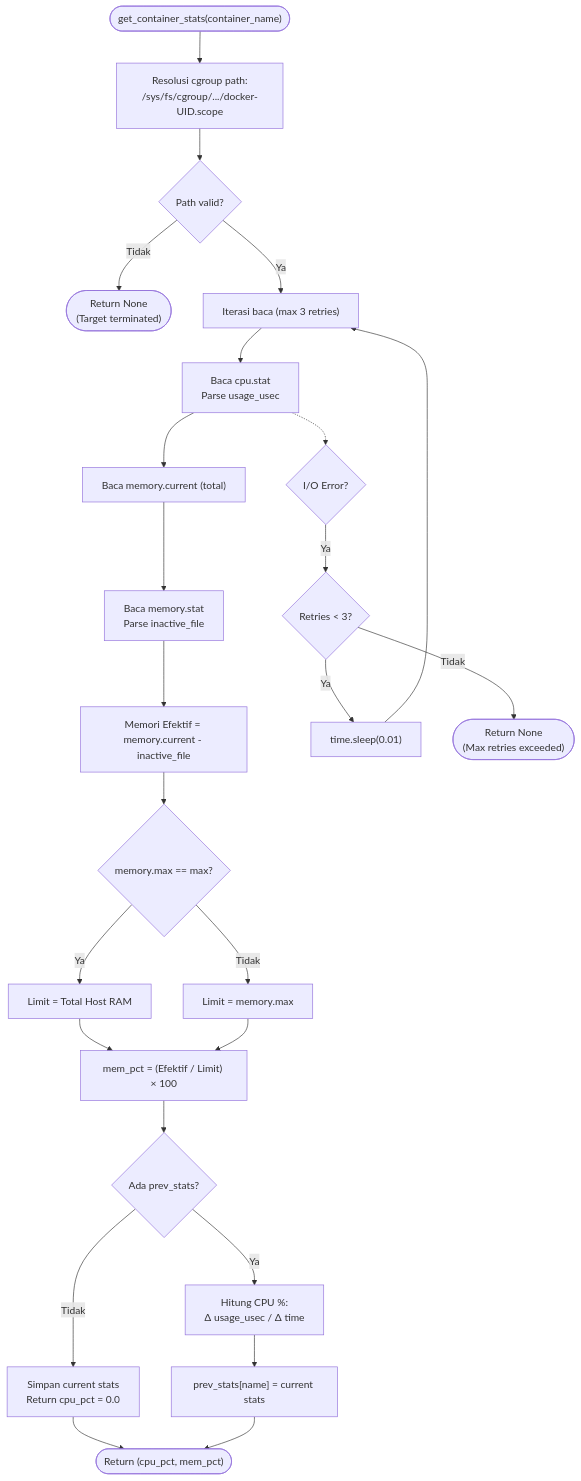
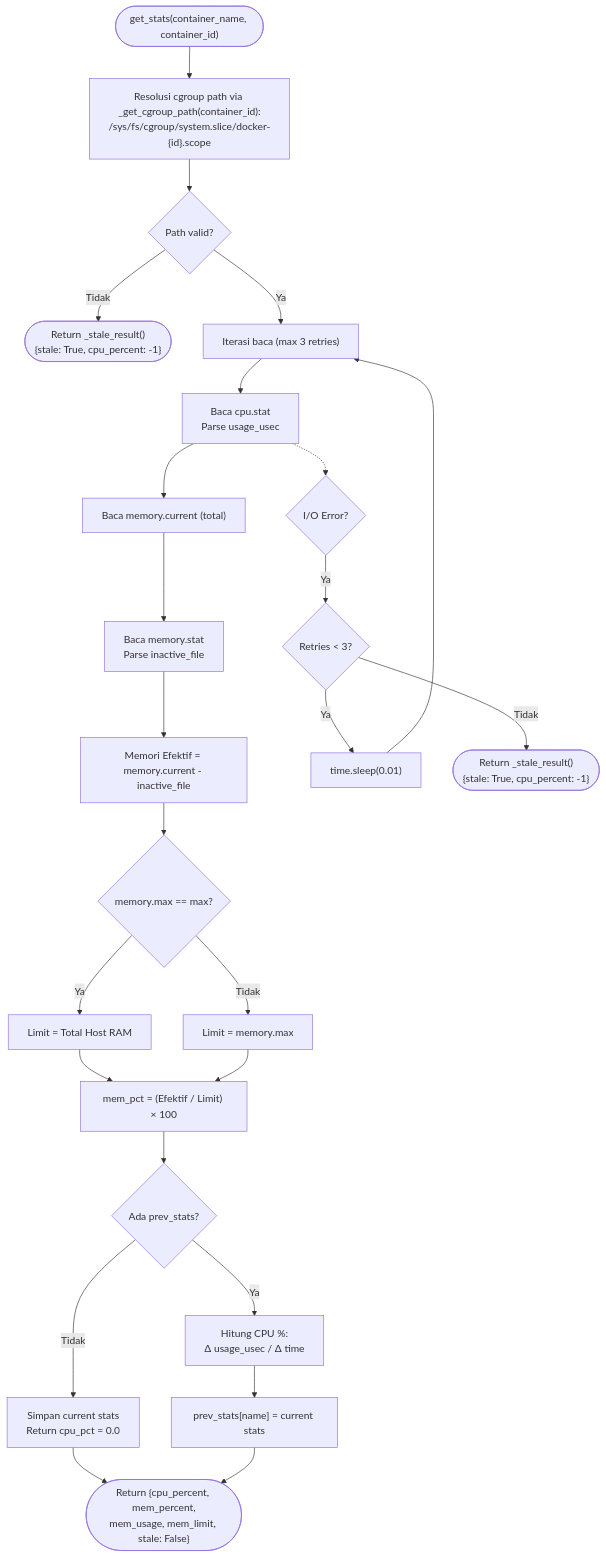
One commit to fauzanreza/green-container-framework changed the first of 3 diagrams in architecture-diagrams/layer-2-monitor/01_monitor_get_stats.md. Above: the diagram before and after it, drawn with Mermaid. The commit also changed other lines of this file and 81 other files, not shown here.

````diff
--- a/architecture-diagrams/layer-2-monitor/01_monitor_get_stats.md
+++ b/architecture-diagrams/layer-2-monitor/01_monitor_get_stats.md
@@ -9,65 +9,65 @@
 ```mermaid
 flowchart TD
-    START(["get_container_stats(container_name)"])
+    START(["get_stats(container_name, container_id)"])
 
-    RESOLVE_PATH["Resolusi cgroup path:<br/>/sys/fs/cgroup/.../docker-UID.scope"]
+    RESOLVE_PATH["Resolusi cgroup path via _get_cgroup_path(container_id):<br/>/sys/fs/cgroup/system.slice/docker-{id}.scope"]
     CGROUP_FOUND{"Path valid?"}
-    STALE_RET(["Return None<br/>(Target terminated)"])
+    STALE_RET(["Return _stale_result()<br/>{stale: True, cpu_percent: -1}"])
 
     RETRY_LOOP["Iterasi baca (max 3 retries)"]
 
     READ_CPU["Baca cpu.stat<br/>Parse usage_usec"]
     READ_MEM["Baca memory.current (total)"]
     READ_INACT["Baca memory.stat<br/>Parse inactive_file"]
 
     CALC_MEM["Memori Efektif = memory.current - inactive_file"]
 
     MEM_MAX_CHECK{"memory.max == max?"}
     USE_HOST_MEM["Limit = Total Host RAM"]
     USE_LIMIT["Limit = memory.max"]
 
     CALC_MEM_PCT["mem_pct = (Efektif / Limit) × 100"]
 
     READ_FAIL{"I/O Error?"}
     RETRY{"Retries < 3?"}
     RETRY_WAIT["time.sleep(0.01)"]
-    ALL_FAIL(["Return None<br/>(Max retries exceeded)"])
+    ALL_FAIL(["Return _stale_result()<br/>{stale: True, cpu_percent: -1}"])
 
     HAS_PREV{"Ada prev_stats?"}
     FIRST_SAMPLE["Simpan current stats<br/>Return cpu_pct = 0.0"]
 
     CALC_CPU["Hitung CPU %:<br/>Δ usage_usec / Δ time"]
 
     SAVE_STATE["prev_stats[name] = current stats"]
 
-    RETURN(["Return (cpu_pct, mem_pct)"])
+    RETURN(["Return {cpu_percent, mem_percent,<br/>mem_usage, mem_limit, stale: False}"])
 
     START --> RESOLVE_PATH
     RESOLVE_PATH --> CGROUP_FOUND
     CGROUP_FOUND -->|Tidak| STALE_RET
     CGROUP_FOUND -->|Ya| RETRY_LOOP
 
     RETRY_LOOP --> READ_CPU
     READ_CPU --> READ_MEM
     READ_MEM --> READ_INACT
     READ_INACT --> CALC_MEM
     CALC_MEM --> MEM_MAX_CHECK
     MEM_MAX_CHECK -->|Ya| USE_HOST_MEM
     MEM_MAX_CHECK -->|Tidak| USE_LIMIT
     USE_HOST_MEM --> CALC_MEM_PCT
     USE_LIMIT --> CALC_MEM_PCT
 
     READ_CPU -.-> READ_FAIL
     READ_FAIL -->|Ya| RETRY
     RETRY -->|Ya| RETRY_WAIT
     RETRY_WAIT --> RETRY_LOOP
     RETRY -->|Tidak| ALL_FAIL
 
     CALC_MEM_PCT --> HAS_PREV
     HAS_PREV -->|Tidak| FIRST_SAMPLE
     HAS_PREV -->|Ya| CALC_CPU
 
     CALC_CPU --> SAVE_STATE
     FIRST_SAMPLE --> RETURN
     SAVE_STATE --> RETURN
 ```
````
